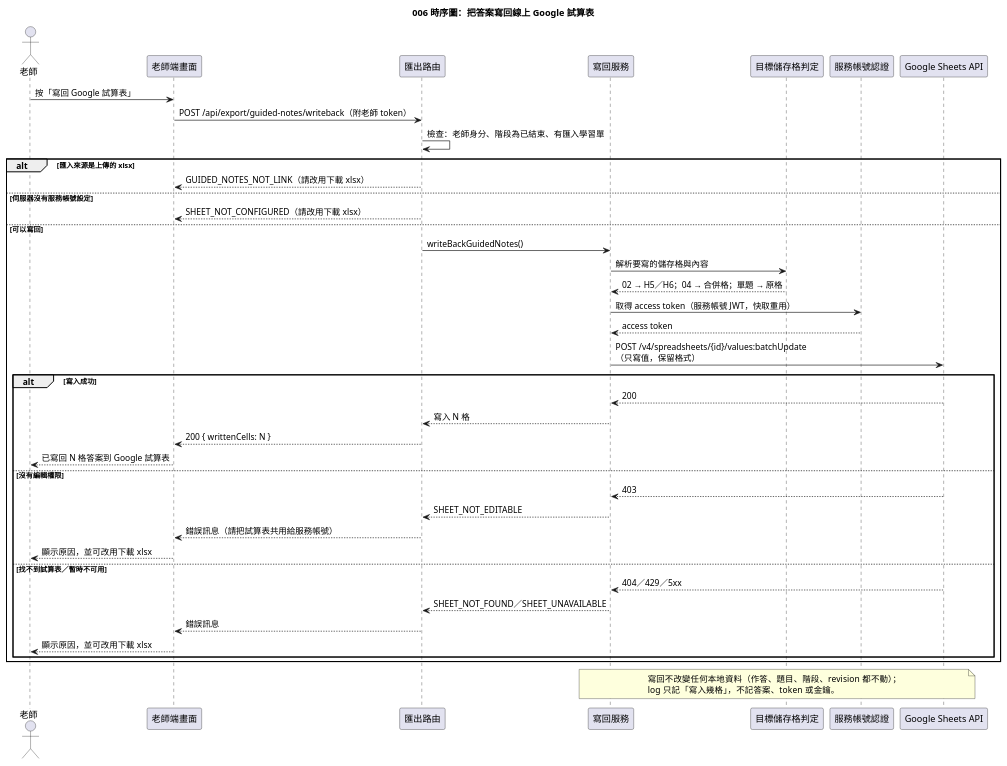
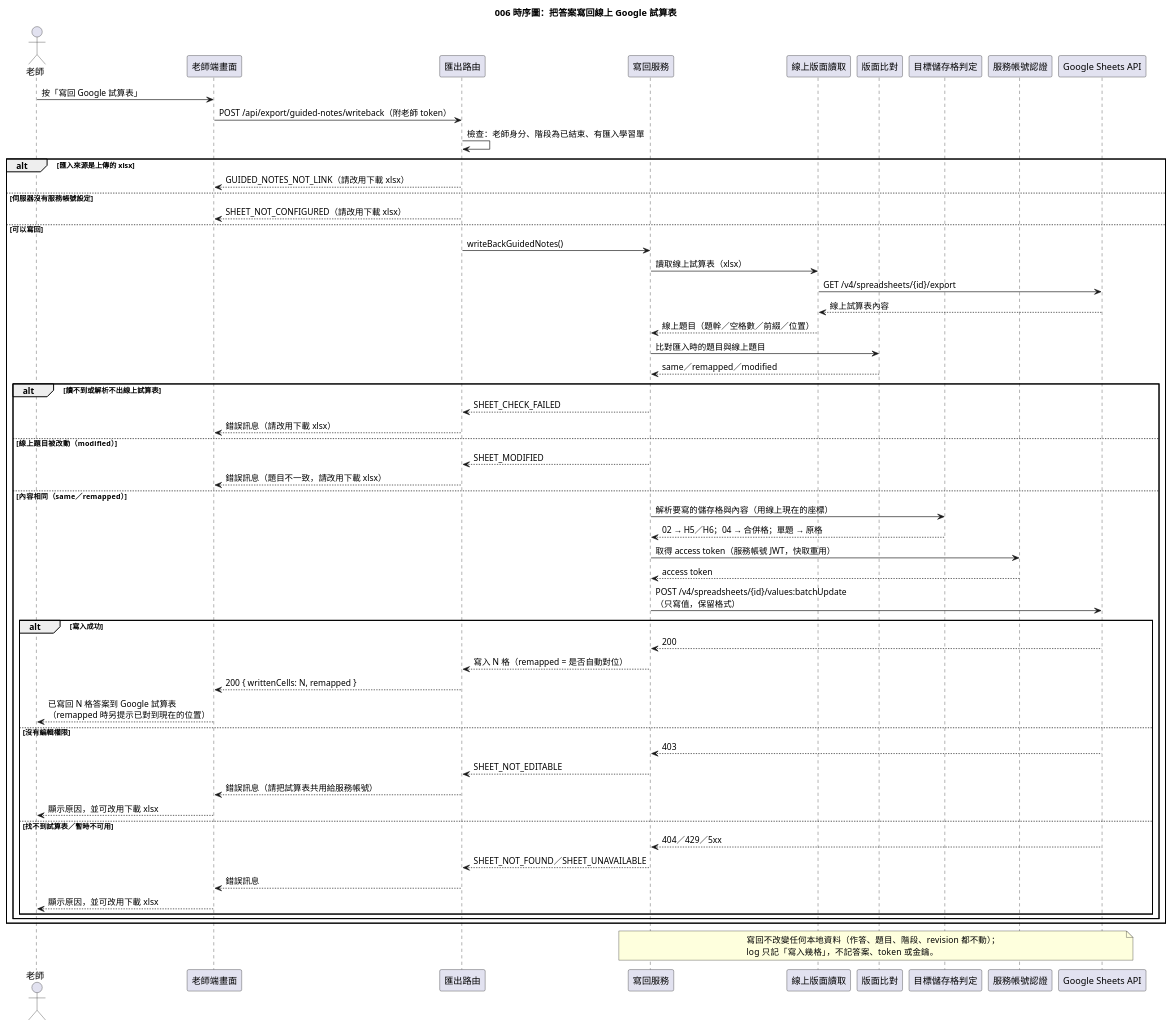
The diagram in diagrams/006-guided-notes-writeback-seq-writeback.puml (Danielweng0902/Answering-System_speckit), drawn with PlantUML before and after one commit. The commit also changed 90 other files, not shown here.

First line of the commit message:
docs(verification): 補 007／006 的證據文件、修 006 的圖、匯出 AI 對話紀錄

```diff
--- a/diagrams/006-guided-notes-writeback-seq-writeback.puml
+++ b/diagrams/006-guided-notes-writeback-seq-writeback.puml
@@ -1,45 +1,61 @@
 @startuml
 title 006 時序圖：把答案寫回線上 Google 試算表
 
 actor 老師
 participant "老師端畫面" as T
 participant "匯出路由" as R
 participant "寫回服務" as S
+participant "線上版面讀取" as F
+participant "版面比對" as C
 participant "目標儲存格判定" as G
 participant "服務帳號認證" as A
 participant "Google Sheets API" as P
 
 老師 -> T : 按「寫回 Google 試算表」
 T -> R : POST /api/export/guided-notes/writeback（附老師 token）
 R -> R : 檢查：老師身分、階段為已結束、有匯入學習單
 alt 匯入來源是上傳的 xlsx
   R --> T : GUIDED_NOTES_NOT_LINK（請改用下載 xlsx）
 else 伺服器沒有服務帳號設定
   R --> T : SHEET_NOT_CONFIGURED（請改用下載 xlsx）
 else 可以寫回
   R -> S : writeBackGuidedNotes()
-  S -> G : 解析要寫的儲存格與內容
-  G --> S : 02 → H5／H6；04 → 合併格；單題 → 原格
-  S -> A : 取得 access token（服務帳號 JWT，快取重用）
-  A --> S : access token
-  S -> P : POST /v4/spreadsheets/{id}/values:batchUpdate\n（只寫值，保留格式）
-  alt 寫入成功
-    P --> S : 200
-    S --> R : 寫入 N 格
-    R --> T : 200 { writtenCells: N }
-    T --> 老師 : 已寫回 N 格答案到 Google 試算表
-  else 沒有編輯權限
-    P --> S : 403
-    S --> R : SHEET_NOT_EDITABLE
-    R --> T : 錯誤訊息（請把試算表共用給服務帳號）
-    T --> 老師 : 顯示原因，並可改用下載 xlsx
-  else 找不到試算表／暫時不可用
-    P --> S : 404／429／5xx
-    S --> R : SHEET_NOT_FOUND／SHEET_UNAVAILABLE
-    R --> T : 錯誤訊息
-    T --> 老師 : 顯示原因，並可改用下載 xlsx
+  S -> F : 讀取線上試算表（xlsx）
+  F -> P : GET /v4/spreadsheets/{id}/export
+  P --> F : 線上試算表內容
+  F --> S : 線上題目（題幹／空格數／前綴／位置）
+  S -> C : 比對匯入時的題目與線上題目
+  C --> S : same／remapped／modified
+  alt 讀不到或解析不出線上試算表
+    S --> R : SHEET_CHECK_FAILED
+    R --> T : 錯誤訊息（請改用下載 xlsx）
+  else 線上題目被改動（modified）
+    S --> R : SHEET_MODIFIED
+    R --> T : 錯誤訊息（題目不一致，請改用下載 xlsx）
+  else 內容相同（same／remapped）
+    S -> G : 解析要寫的儲存格與內容（用線上現在的座標）
+    G --> S : 02 → H5／H6；04 → 合併格；單題 → 原格
+    S -> A : 取得 access token（服務帳號 JWT，快取重用）
+    A --> S : access token
+    S -> P : POST /v4/spreadsheets/{id}/values:batchUpdate\n（只寫值，保留格式）
+    alt 寫入成功
+      P --> S : 200
+      S --> R : 寫入 N 格（remapped = 是否自動對位）
+      R --> T : 200 { writtenCells: N, remapped }
+      T --> 老師 : 已寫回 N 格答案到 Google 試算表\n（remapped 時另提示已對到現在的位置）
+    else 沒有編輯權限
+      P --> S : 403
+      S --> R : SHEET_NOT_EDITABLE
+      R --> T : 錯誤訊息（請把試算表共用給服務帳號）
+      T --> 老師 : 顯示原因，並可改用下載 xlsx
+    else 找不到試算表／暫時不可用
+      P --> S : 404／429／5xx
+      S --> R : SHEET_NOT_FOUND／SHEET_UNAVAILABLE
+      R --> T : 錯誤訊息
+      T --> 老師 : 顯示原因，並可改用下載 xlsx
+    end
   end
 end
 
 note over S, P : 寫回不改變任何本地資料（作答、題目、階段、revision 都不動）；\nlog 只記「寫入幾格」，不記答案、token 或金鑰。
 @enduml
```
